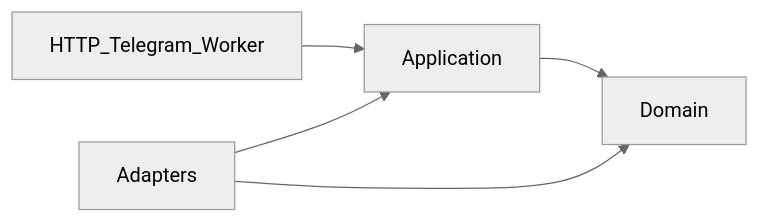
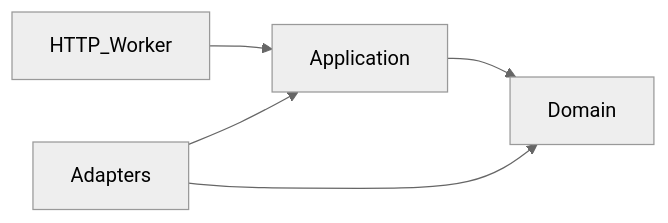
Before and after one commit to typedbywill/gigahub: the third of 3 diagrams in docs/02-arquitetura.md, drawn with Mermaid (neutral theme). The commit also changed other lines of this file and 24 other files, not shown here.

````diff
--- a/docs/02-arquitetura.md
+++ b/docs/02-arquitetura.md
@@ -63,7 +60,7 @@
 ```mermaid
 flowchart LR
-  Entry[HTTP_Telegram_Worker] --> Application[Application]
+  Entry[HTTP_Worker] --> Application[Application]
   Application --> Domain[Domain]
   Adapters[Adapters] --> Application
   Adapters --> Domain
 ```
````
